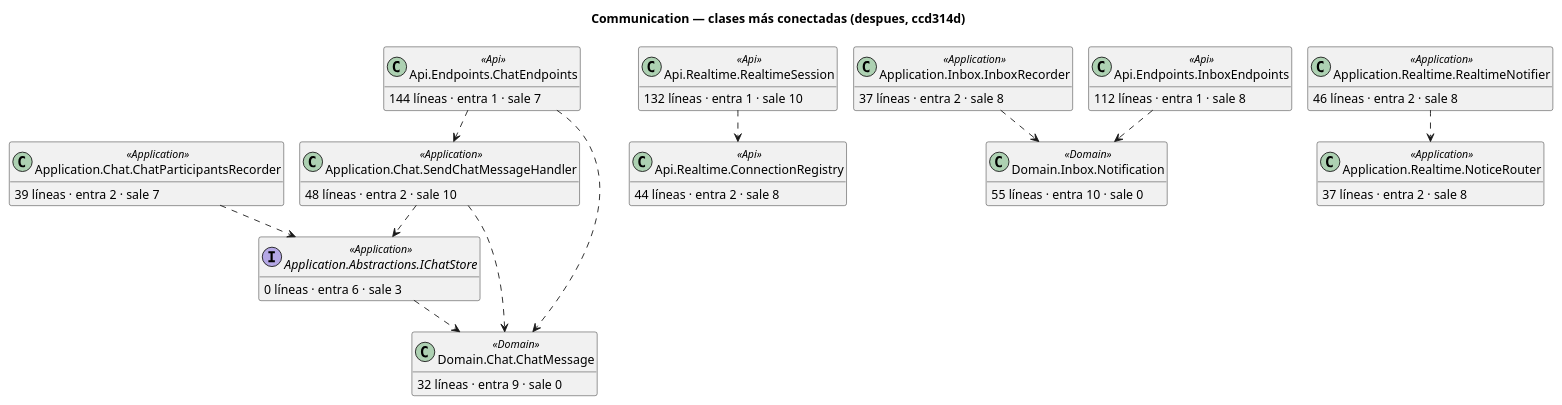
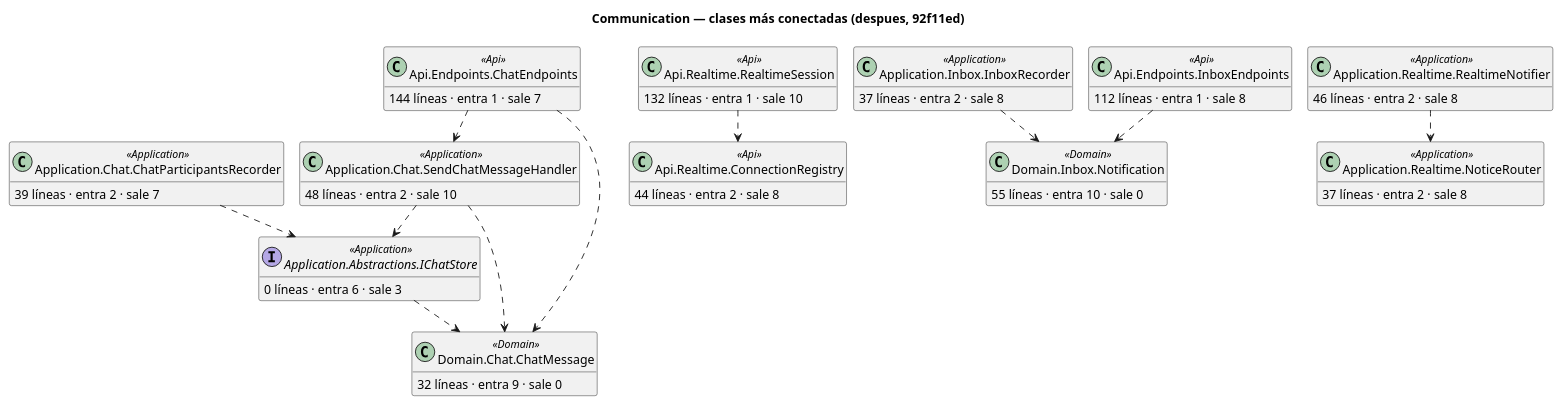
One commit to ARQUI-202630/quickpatch changed the diagram in docs/architecture/codigo/despues/communication/clases-centrales.puml. Above: the diagram before and after it, drawn with PlantUML. The commit also changed 83 other files, not shown here.

```diff
--- a/docs/architecture/codigo/despues/communication/clases-centrales.puml
+++ b/docs/architecture/codigo/despues/communication/clases-centrales.puml
@@ -1,52 +1,52 @@
 @startuml
 !pragma layout smetana
-title Communication — clases más conectadas (despues, ccd314d)
+title Communication — clases más conectadas (despues, 92f11ed)
 hide empty members
 skinparam shadowing false
 class "Application.Chat.SendChatMessageHandler" as QuickPatch_Communication_Application_Chat_SendChatMessageHandler <<Application>> {
   48 líneas · entra 2 · sale 10
 }
 class "Api.Realtime.RealtimeSession" as QuickPatch_Communication_Api_Realtime_RealtimeSession <<Api>> {
   132 líneas · entra 1 · sale 10
 }
 class "Api.Realtime.ConnectionRegistry" as QuickPatch_Communication_Api_Realtime_ConnectionRegistry <<Api>> {
   44 líneas · entra 2 · sale 8
 }
 class "Application.Inbox.InboxRecorder" as QuickPatch_Communication_Application_Inbox_InboxRecorder <<Application>> {
   37 líneas · entra 2 · sale 8
 }
 class "Application.Realtime.NoticeRouter" as QuickPatch_Communication_Application_Realtime_NoticeRouter <<Application>> {
   37 líneas · entra 2 · sale 8
 }
 class "Application.Realtime.RealtimeNotifier" as QuickPatch_Communication_Application_Realtime_RealtimeNotifier <<Application>> {
   46 líneas · entra 2 · sale 8
 }
 class "Domain.Inbox.Notification" as QuickPatch_Communication_Domain_Inbox_Notification <<Domain>> {
   55 líneas · entra 10 · sale 0
 }
 class "Api.Endpoints.InboxEndpoints" as QuickPatch_Communication_Api_Endpoints_InboxEndpoints <<Api>> {
   112 líneas · entra 1 · sale 8
 }
 class "Application.Chat.ChatParticipantsRecorder" as QuickPatch_Communication_Application_Chat_ChatParticipantsRecorder <<Application>> {
   39 líneas · entra 2 · sale 7
 }
 class "Domain.Chat.ChatMessage" as QuickPatch_Communication_Domain_Chat_ChatMessage <<Domain>> {
   32 líneas · entra 9 · sale 0
 }
 interface "Application.Abstractions.IChatStore" as QuickPatch_Communication_Application_Abstractions_IChatStore <<Application>> {
   0 líneas · entra 6 · sale 3
 }
 class "Api.Endpoints.ChatEndpoints" as QuickPatch_Communication_Api_Endpoints_ChatEndpoints <<Api>> {
   144 líneas · entra 1 · sale 7
 }
 QuickPatch_Communication_Api_Endpoints_ChatEndpoints ..> QuickPatch_Communication_Application_Chat_SendChatMessageHandler
 QuickPatch_Communication_Api_Endpoints_ChatEndpoints ..> QuickPatch_Communication_Domain_Chat_ChatMessage
 QuickPatch_Communication_Api_Endpoints_InboxEndpoints ..> QuickPatch_Communication_Domain_Inbox_Notification
 QuickPatch_Communication_Api_Realtime_RealtimeSession ..> QuickPatch_Communication_Api_Realtime_ConnectionRegistry
 QuickPatch_Communication_Application_Abstractions_IChatStore ..> QuickPatch_Communication_Domain_Chat_ChatMessage
 QuickPatch_Communication_Application_Chat_ChatParticipantsRecorder ..> QuickPatch_Communication_Application_Abstractions_IChatStore
 QuickPatch_Communication_Application_Chat_SendChatMessageHandler ..> QuickPatch_Communication_Application_Abstractions_IChatStore
 QuickPatch_Communication_Application_Chat_SendChatMessageHandler ..> QuickPatch_Communication_Domain_Chat_ChatMessage
 QuickPatch_Communication_Application_Inbox_InboxRecorder ..> QuickPatch_Communication_Domain_Inbox_Notification
 QuickPatch_Communication_Application_Realtime_RealtimeNotifier ..> QuickPatch_Communication_Application_Realtime_NoticeRouter
 @enduml
```
